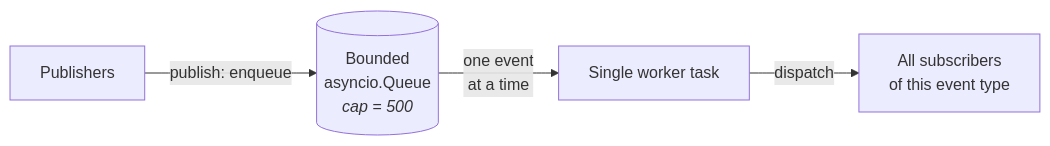
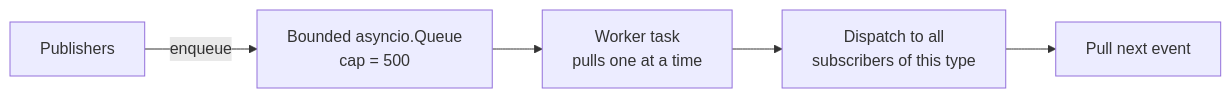
One commit to rick12000/vocalance changed the first of 2 diagrams in docs/developer/foundations/event_bus.rst. Above: the diagram before and after it, drawn with Mermaid. The commit also changed other lines of this file and 30 other files, not shown here.

```diff
--- a/docs/developer/foundations/event_bus.rst
+++ b/docs/developer/foundations/event_bus.rst
@@ -41,6 +61,7 @@
 .. mermaid::
 
    flowchart LR
-       Pub[Publishers] -->|publish: enqueue| Q[(Bounded<br/>asyncio.Queue<br/><i>cap = 500</i>)]
-       Q -->|one event<br/>at a time| Worker[Single worker task]
-       Worker -->|dispatch| Subs[All subscribers<br/>of this event type]
+       Pub[Publishers] -->|enqueue| Q[Bounded asyncio.Queue<br/>cap = 500]
+       Q --> Worker[Worker task<br/>pulls one at a time]
+       Worker --> Dispatch[Dispatch to all<br/>subscribers of this type]
+       Dispatch --> Next[Pull next event]
```
